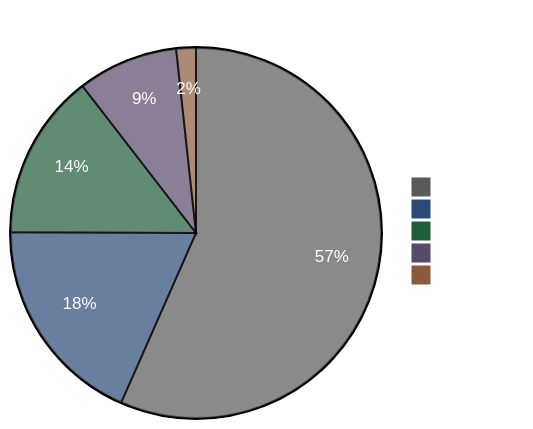
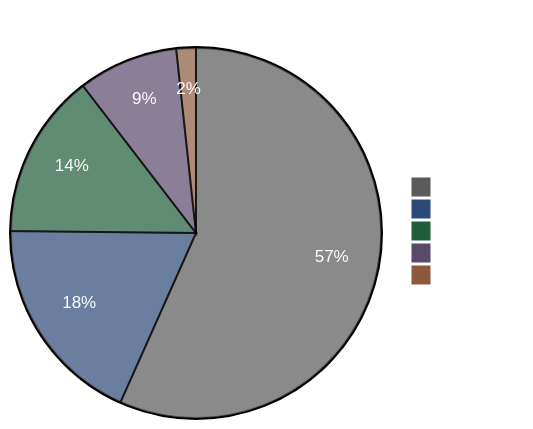
The diagram in README.md (ccmeteorljh/reco-arxiv-daily), drawn with Mermaid before and after one commit. The commit also changed other lines of this file and 7 other files, not shown here.

````diff
--- a/README.md
+++ b/README.md
@@ -6,19 +6,19 @@
 ```mermaid
 %%{init: {'theme':'base', 'themeVariables': {
   'pie1':'#5a5a5a',
   'pie2':'#2c4a78',
   'pie3':'#1e5c3a',
   'pie4':'#5a4a6a',
   'pie5':'#8b5a3c',
   'pieTitleTextColor':'#ffffff',
   'pieSectionTextColor':'#ffffff',
   'pieLegendTextColor':'#ffffff'
 }}}%%
 pie showData
 title Paper Distribution by Tag
-  "Other" : 595
-  "LLM" : 194
+  "Other" : 598
+  "LLM" : 195
   "GR" : 152
   "Seq" : 92
   "Scaling" : 18
 ```
````
